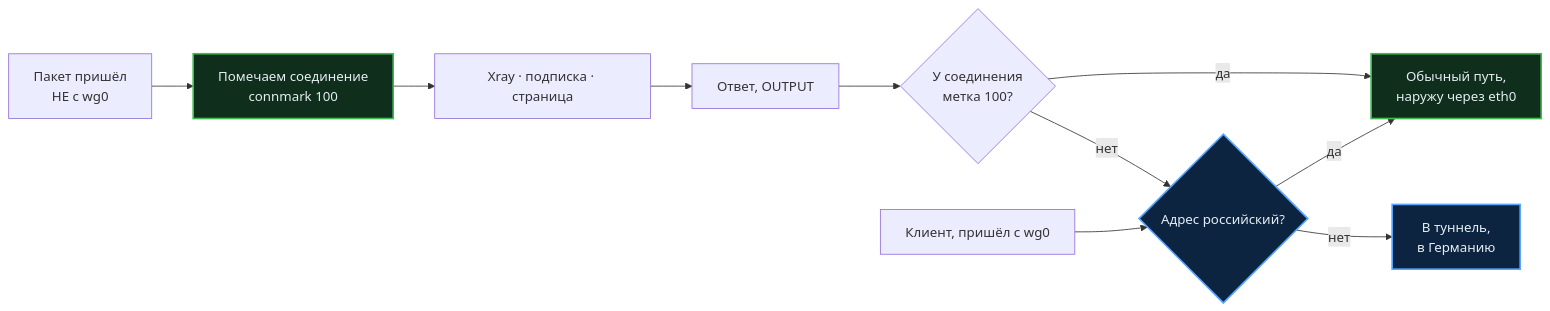
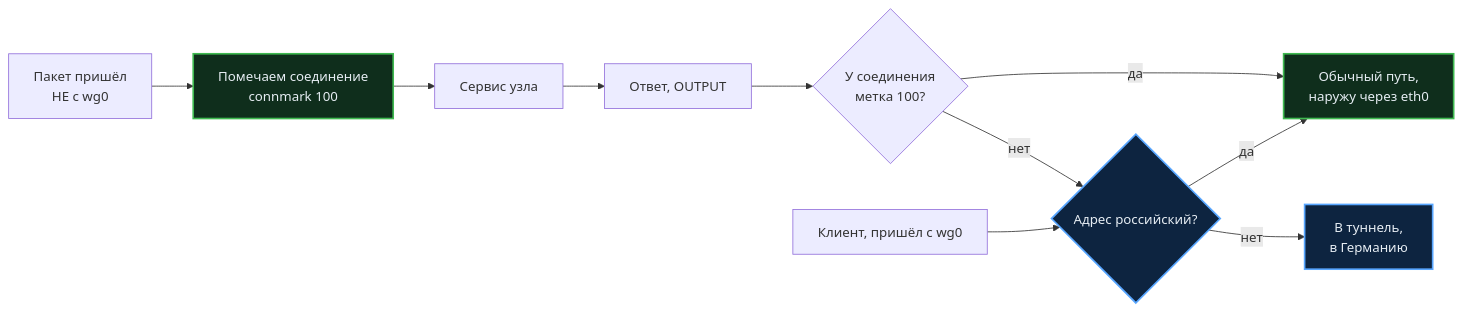
One commit to AnDyQnn/vpn_awg_2_VPS_pub changed the second of 2 diagrams in docs/ports.md. Above: the diagram before and after it, drawn with Mermaid. The commit also changed other lines of this file and 114 other files, not shown here.

````diff
--- a/docs/ports.md
+++ b/docs/ports.md
@@ -224,18 +126,18 @@
 ```mermaid
 flowchart LR
     IN["Пакет пришёл<br/>НЕ с wg0"] --> CM["Помечаем соединение<br/>connmark 100"]
-    CM --> APP["Xray · подписка · страница"]
+    CM --> APP["Сервис узла"]
     APP --> OUT["Ответ, OUTPUT"]
     OUT --> Q{"У соединения<br/>метка 100?"}
     Q -->|да| ETH["Обычный путь,<br/>наружу через eth0"]
     Q -->|нет| G{"Адрес российский?"}
     G -->|да| ETH
     G -->|нет| WG["В туннель,<br/>в Германию"]
 
     CLI["Клиент, пришёл с wg0"] --> G
 
     classDef fix fill:#0f2e1c,stroke:#3fb950,stroke-width:2px,color:#e6edf3
     classDef old fill:#0d2440,stroke:#58a6ff,stroke-width:2px,color:#e6edf3
     class CM,ETH fix
     class WG,G old
 ```
````
